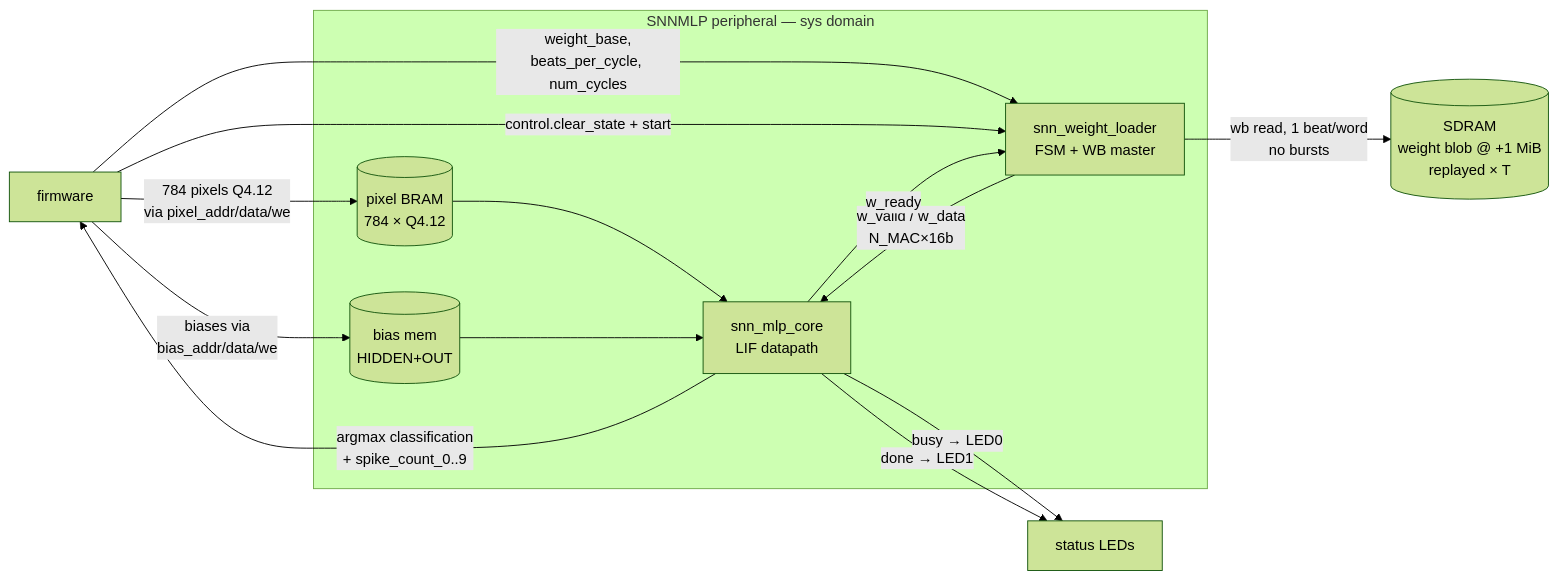
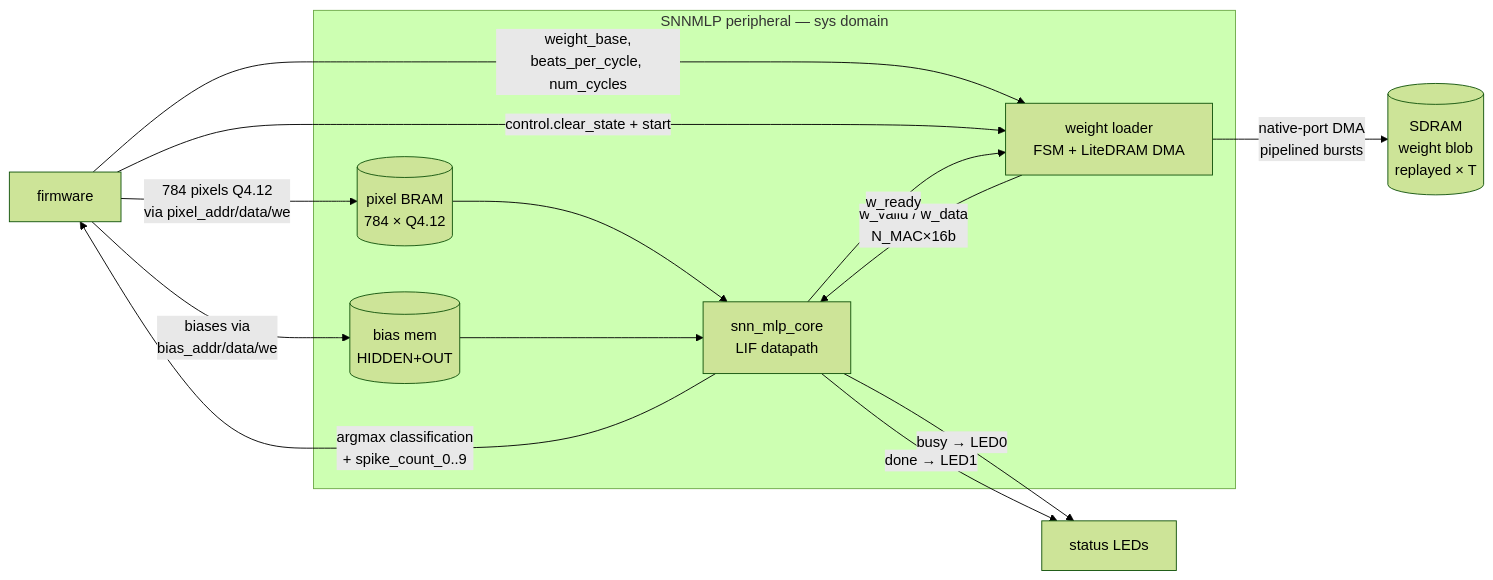
Before and after one commit to oliver408i/litex-robotics: the fifth of 7 diagrams in docs/soc_layout.md, drawn with Mermaid (forest theme). The commit also changed other lines of this file and 7 other files, not shown here.

````diff
--- a/docs/soc_layout.md
+++ b/docs/soc_layout.md
@@ -249,25 +251,25 @@
 ```mermaid
 flowchart LR
     fw["firmware"] -->|"784 pixels Q4.12<br/>via pixel_addr/data/we"| pmem
     fw -->|"biases via<br/>bias_addr/data/we"| bmem
     fw -->|"weight_base,<br/>beats_per_cycle, num_cycles"| ldr
     fw -->|"control.clear_state + start"| ldr
 
     subgraph snn["SNNMLP peripheral — sys domain"]
-        ldr["snn_weight_loader<br/>FSM + WB master"]
+        ldr["weight loader<br/>FSM + LiteDRAM DMA"]
         core["snn_mlp_core<br/>LIF datapath"]
         pmem[("pixel BRAM<br/>784 × Q4.12")]
         bmem[("bias mem<br/>HIDDEN+OUT")]
 
         ldr -->|"w_valid / w_data<br/>N_MAC×16b"| core
         core -->|w_ready| ldr
         pmem --> core
         bmem --> core
     end
 
-    ldr -->|"wb read, 1 beat/word<br/>no bursts"| sdram[("SDRAM<br/>weight blob @ +1 MiB<br/>replayed × T")]
+    ldr -->|"native-port DMA<br/>pipelined bursts"| sdram[("SDRAM<br/>weight blob<br/>replayed × T")]
 
     core -->|"argmax classification<br/>+ spike_count_0..9"| fw
     core -->|busy → LED0| leds["status LEDs"]
     core -->|done → LED1| leds
 ```
````
